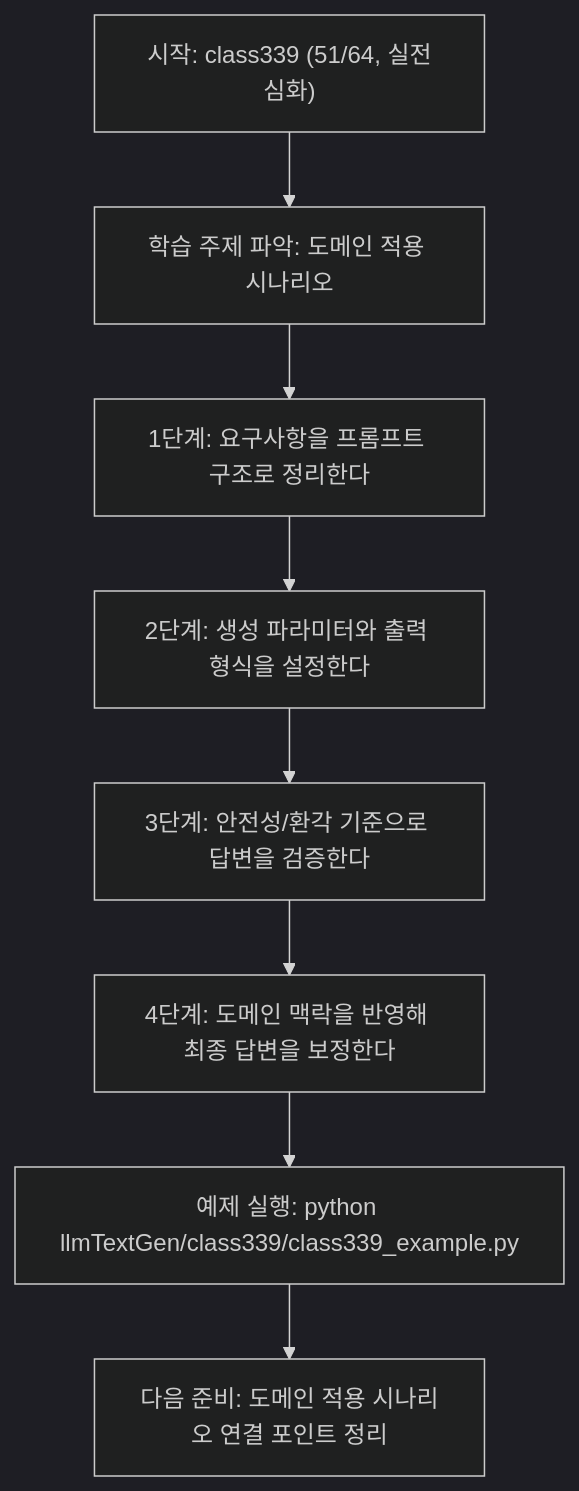
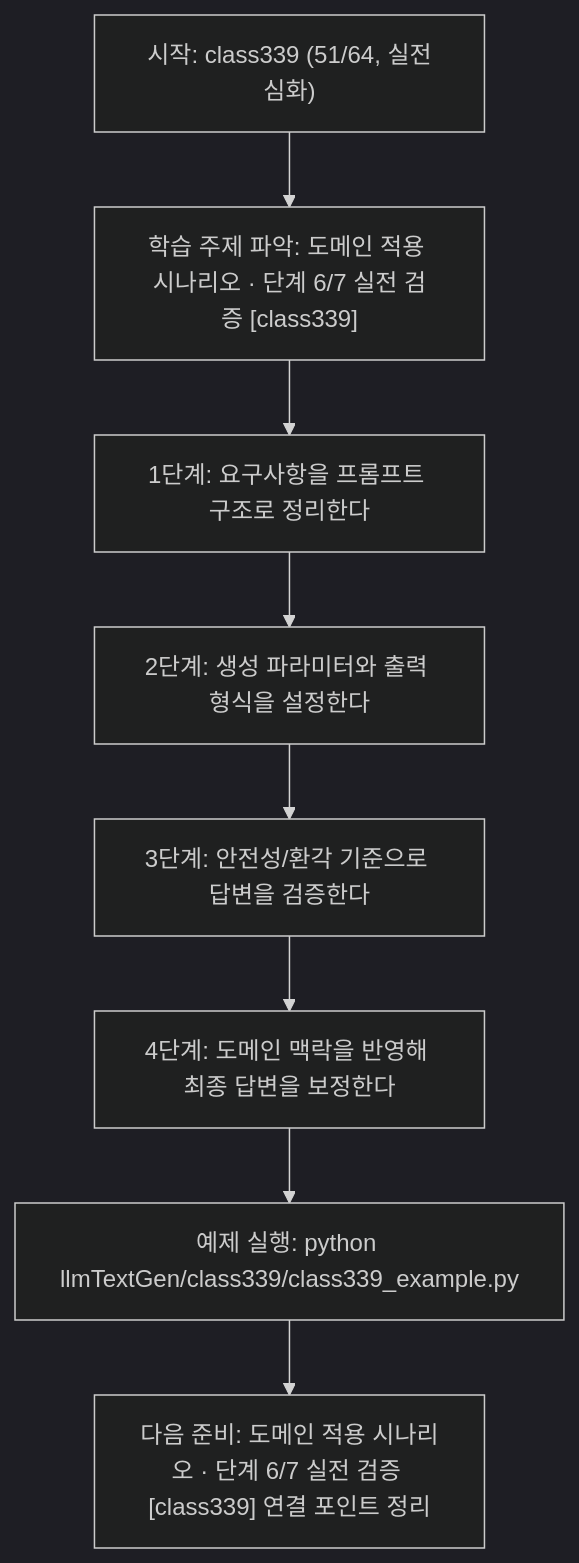
One commit to edumgt/Python-AI_Agent-Class changed the diagram in llmTextGen/class339/class339.md. Above: the diagram before and after it, drawn with Mermaid (dark theme). The commit also changed other lines of this file and 522 other files, not shown here.

````diff
--- a/llmTextGen/class339/class339.md
+++ b/llmTextGen/class339/class339.md
@@ -113,18 +114,18 @@
 ```mermaid
 flowchart TD
 N1["시작: class339 (51/64, 실전심화)"]
-N2["학습 주제 파악: 도메인 적용 시나리오"]
+N2["학습 주제 파악: 도메인 적용 시나리오 · 단계 6/7 실전 검증 [class339]"]
 N3["1단계: 요구사항을 프롬프트 구조로 정리한다"]
 N4["2단계: 생성 파라미터와 출력 형식을 설정한다"]
 N5["3단계: 안전성/환각 기준으로 답변을 검증한다"]
 N6["4단계: 도메인 맥락을 반영해 최종 답변을 보정한다"]
 N7["예제 실행: python llmTextGen/class339/class339_example.py"]
-N8["다음 준비: 도메인 적용 시나리오 연결 포인트 정리"]
+N8["다음 준비: 도메인 적용 시나리오 · 단계 6/7 실전 검증 [class339] 연결 포인트 정리"]
 N1 --> N2
 N2 --> N3
 N3 --> N4
 N4 --> N5
 N5 --> N6
 N6 --> N7
 N7 --> N8
 ```
````
